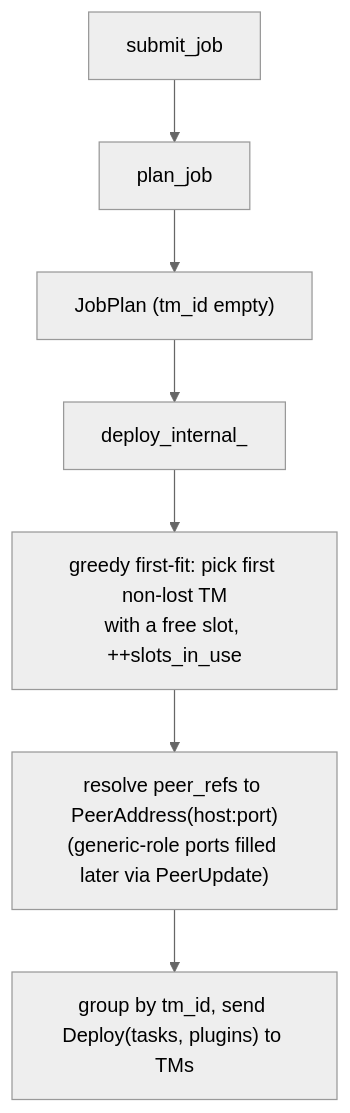
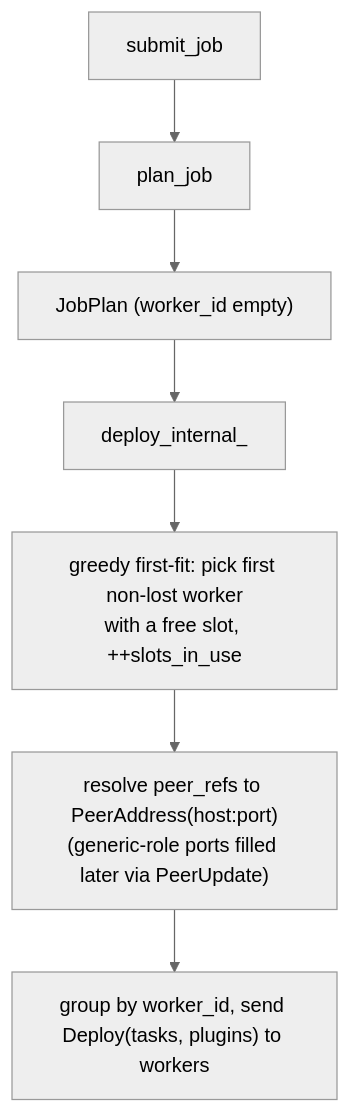
Before and after one commit to orhaugh/clink: the diagram in docs/internals/jobs-and-scheduling.md, drawn with Mermaid (neutral theme). The commit also changed other lines of this file and 310 other files, not shown here.

````diff
--- a/docs/internals/jobs-and-scheduling.md
+++ b/docs/internals/jobs-and-scheduling.md
@@ -114,7 +114,7 @@
 ```mermaid
 flowchart TD
-  SJ["submit_job"] --> PJ["plan_job"] --> JP["JobPlan (tm_id empty)"] --> DI["deploy_internal_"]
-  DI --> FF["greedy first-fit: pick first non-lost TM<br/>with a free slot, ++slots_in_use"]
+  SJ["submit_job"] --> PJ["plan_job"] --> JP["JobPlan (worker_id empty)"] --> DI["deploy_internal_"]
+  DI --> FF["greedy first-fit: pick first non-lost worker<br/>with a free slot, ++slots_in_use"]
   FF --> RP["resolve peer_refs to PeerAddress(host:port)<br/>(generic-role ports filled later via PeerUpdate)"]
-  RP --> GR["group by tm_id, send Deploy(tasks, plugins) to TMs"]
+  RP --> GR["group by worker_id, send Deploy(tasks, plugins) to workers"]
 ```
````
